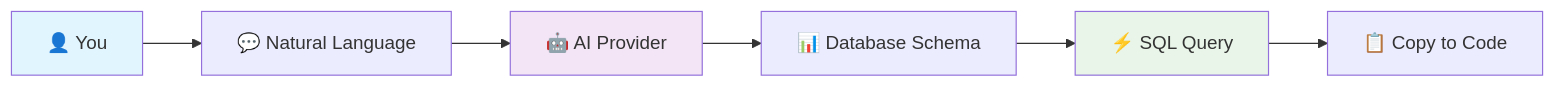
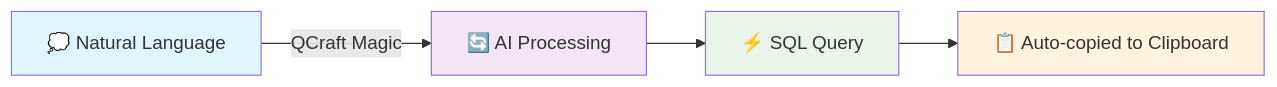
One commit to sid-at-github-code/query-crafter-cli changed the first of 4 diagrams in README.md. Above: the diagram before and after it, drawn with Mermaid. The commit also changed other lines of this file, not shown here.

````diff
--- a/README.md
+++ b/README.md
@@ -27,12 +28,11 @@
 ```mermaid
 graph LR
-    A[👤 You] --> B[💬 Natural Language]
-    B --> C[🤖 AI Provider]
-    C --> D[📊 Database Schema]
-    D --> E[⚡ SQL Query]
-    E --> F[📋 Copy to Code]
+    A[💭 Natural Language] -->|QCraft Magic| B[🔄 AI Processing] 
+    B --> C[⚡ SQL Query]
+    C --> D[📋 Auto-copied to Clipboard]
     
     style A fill:#e1f5fe
-    style C fill:#f3e5f5
-    style E fill:#e8f5e8
+    style B fill:#f3e5f5
+    style C fill:#e8f5e8
+    style D fill:#fff3e0
 ```
````
